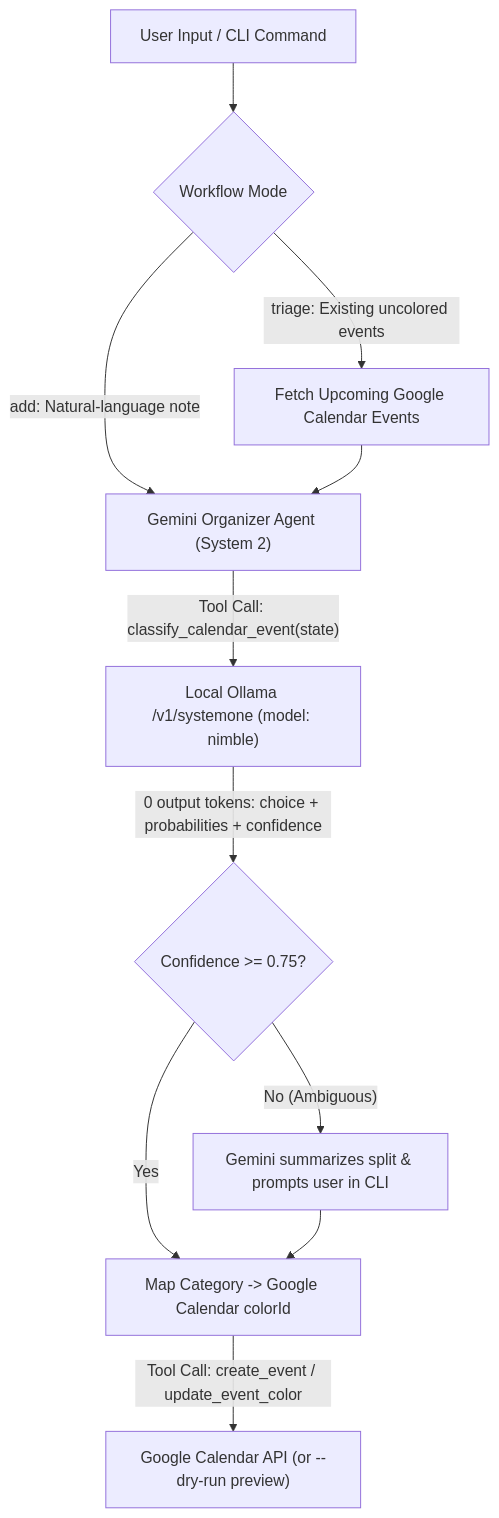
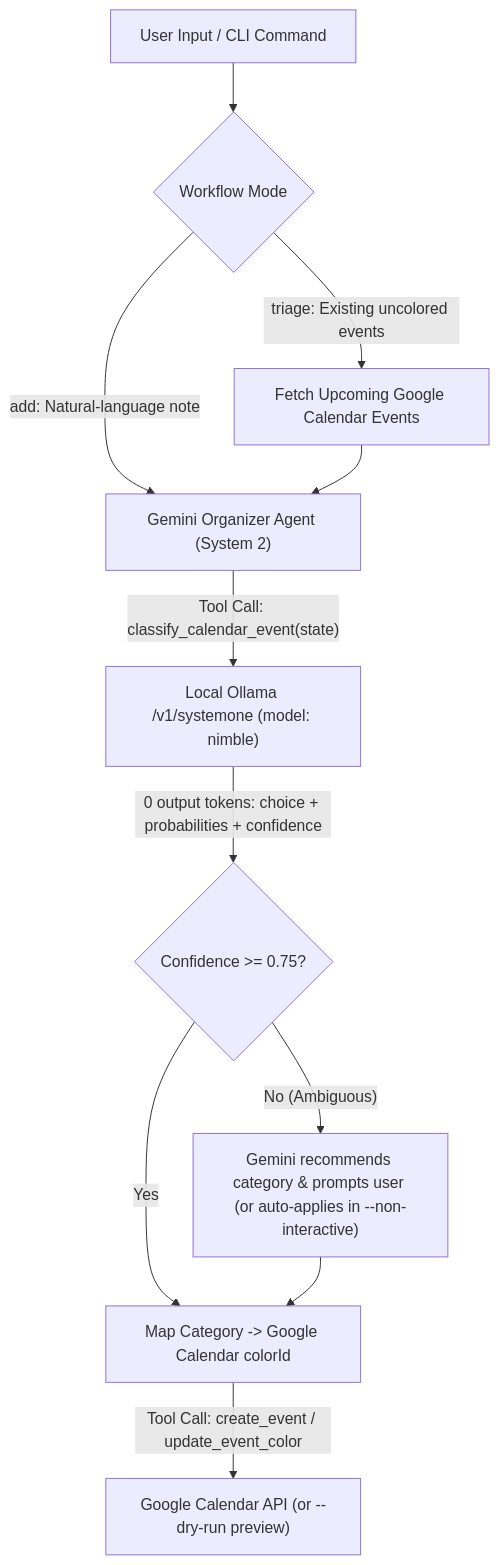
Before and after one commit to m2web/nimble-gemini-calendar-agent: the diagram in README.md, drawn with Mermaid. The commit also changed other lines of this file, not shown here.

````diff
--- a/README.md
+++ b/README.md
@@ -20,16 +20,16 @@
 ```mermaid
 flowchart TD
     User["User Input / CLI Command"] --> Mode{"Workflow Mode"}
     Mode -->|"add: Natural-language note"| Gemini["Gemini Organizer Agent (System 2)"]
     Mode -->|"triage: Existing uncolored events"| GCalFetch["Fetch Upcoming Google Calendar Events"]
     GCalFetch --> Gemini
 
     Gemini -->|"Tool Call: classify_calendar_event(state)"| Nimble["Local Ollama /v1/systemone (model: nimble)"]
     Nimble -->|"0 output tokens: choice + probabilities + confidence"| CheckConf{"Confidence >= 0.75?"}
 
     CheckConf -->|"Yes"| MapColor["Map Category -> Google Calendar colorId"]
-    CheckConf -->|"No (Ambiguous)"| PromptUser["Gemini summarizes split & prompts user in CLI"]
+    CheckConf -->|"No (Ambiguous)"| PromptUser["Gemini recommends category & prompts user (or auto-applies in --non-interactive)"]
     PromptUser --> MapColor
 
     MapColor -->|"Tool Call: create_event / update_event_color"| GCalWrite["Google Calendar API (or --dry-run preview)"]
 ```
````
